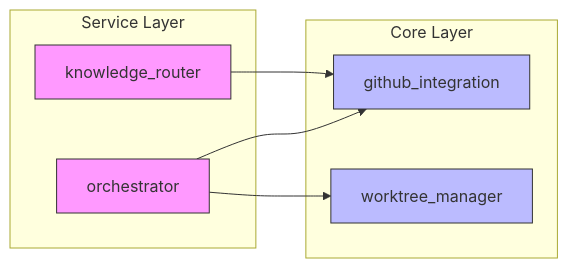
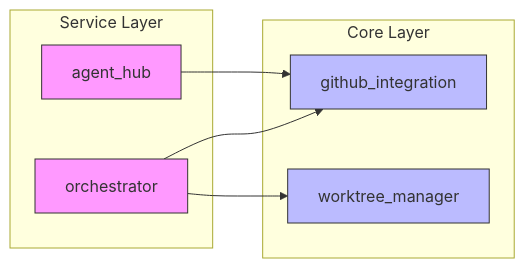
The second of 2 diagrams in docs/architecture/README.md (farmer1st/farmer-code), drawn with Mermaid before and after one commit. The commit also changed other lines of this file and 195 other files, not shown here.

First line of the commit message:
feat: implement Services Architecture (Feature 008) (#8)

````diff
--- a/docs/architecture/README.md
+++ b/docs/architecture/README.md
@@ -56,21 +58,21 @@
 ```mermaid
 graph LR
     subgraph "Core Layer"
         GI[github_integration]
         WM[worktree_manager]
     end
 
     subgraph "Service Layer"
         ORC[orchestrator]
-        KR[knowledge_router]
+        AH[agent_hub]
     end
 
     ORC --> GI
     ORC --> WM
-    KR --> GI
+    AH --> GI
 
     style ORC fill:#f9f,stroke:#333
-    style KR fill:#f9f,stroke:#333
+    style AH fill:#f9f,stroke:#333
     style GI fill:#bbf,stroke:#333
     style WM fill:#bbf,stroke:#333
 ```
````
